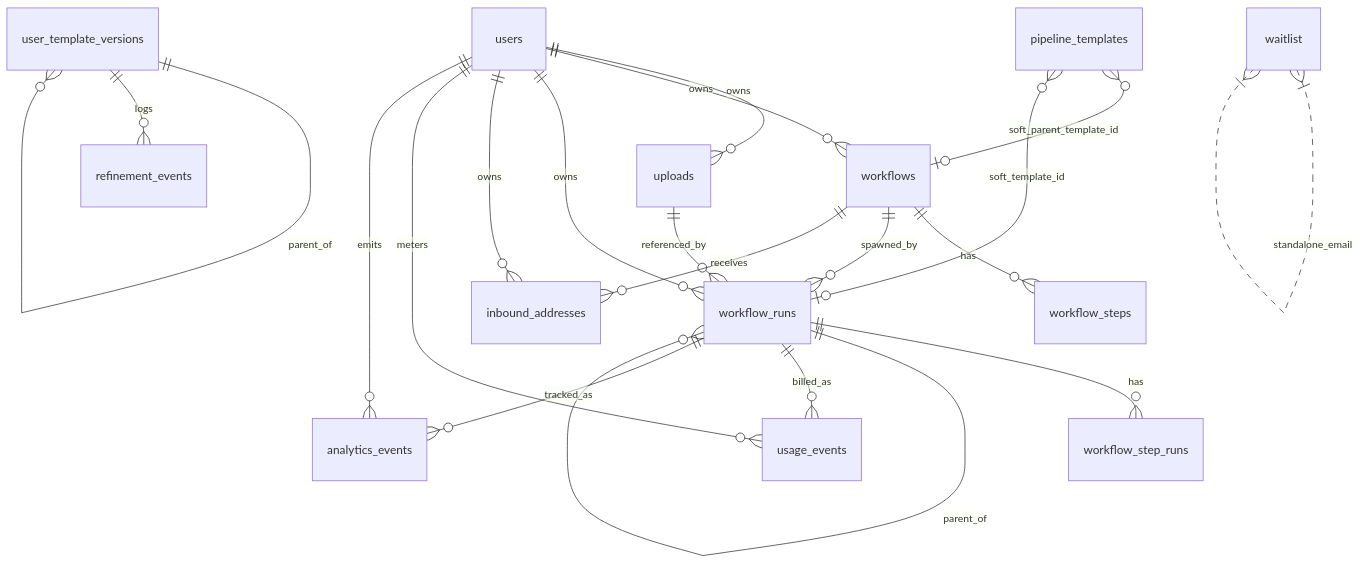
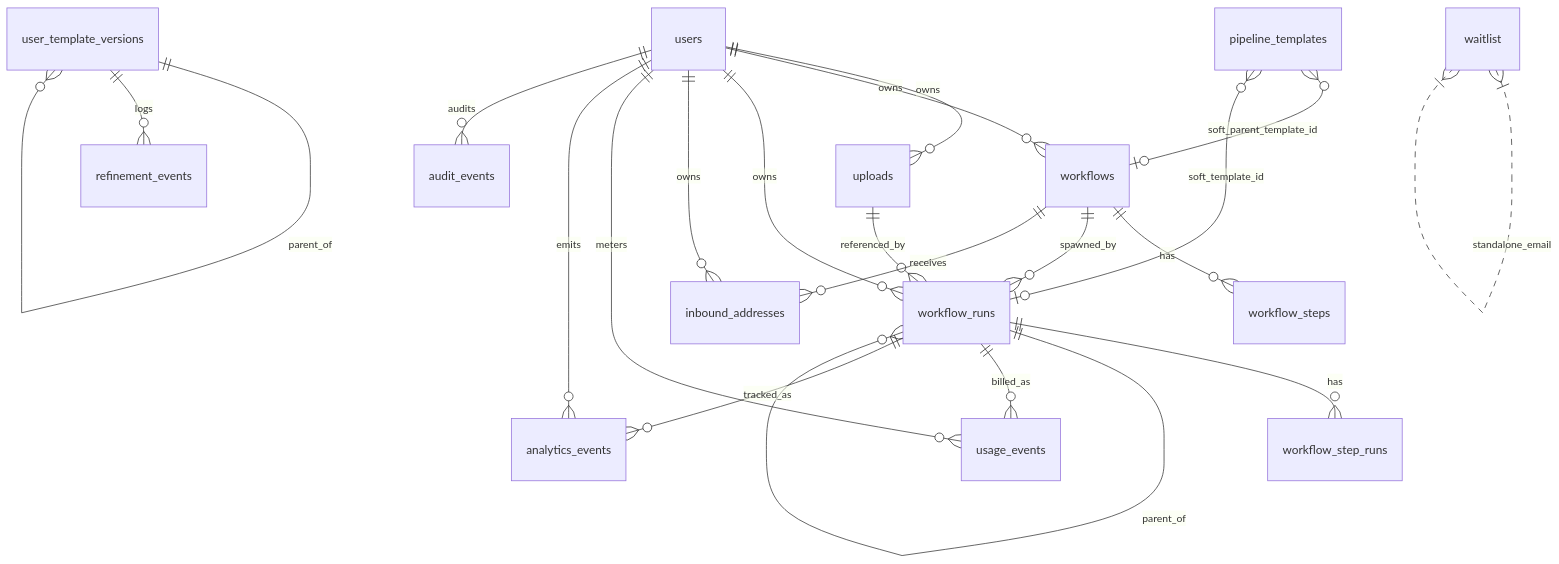
The fourth of 7 diagrams in docs/ARCHITECTURE.md (DeadPixel27/agentflow), drawn with Mermaid before and after one commit. The commit also changed other lines of this file and 150 other files, not shown here.

````diff
--- a/docs/ARCHITECTURE.md
+++ b/docs/ARCHITECTURE.md
@@ -278,28 +278,29 @@
 ```mermaid
 erDiagram
   users ||--o{ uploads : owns
   users ||--o{ workflows : owns
   users ||--o{ workflow_runs : owns
   users ||--o{ inbound_addresses : owns
   users ||--o{ usage_events : meters
   users ||--o{ analytics_events : emits
+  users ||--o{ audit_events : audits
 
   uploads ||--o{ workflow_runs : referenced_by
 
   workflows ||--o{ workflow_steps : has
   workflows ||--o{ workflow_runs : spawned_by
   workflows ||--o{ inbound_addresses : receives
 
   workflow_runs ||--o{ workflow_step_runs : has
   workflow_runs ||--o{ workflow_runs : parent_of
   workflow_runs ||--o{ usage_events : billed_as
   workflow_runs ||--o{ analytics_events : tracked_as
 
   user_template_versions ||--o{ user_template_versions : parent_of
   user_template_versions ||--o{ refinement_events : logs
 
   pipeline_templates }o--o| workflows : soft_parent_template_id
   pipeline_templates }o--o| workflow_runs : soft_template_id
 
   waitlist }|..|{ waitlist : standalone_email
 ```
````
